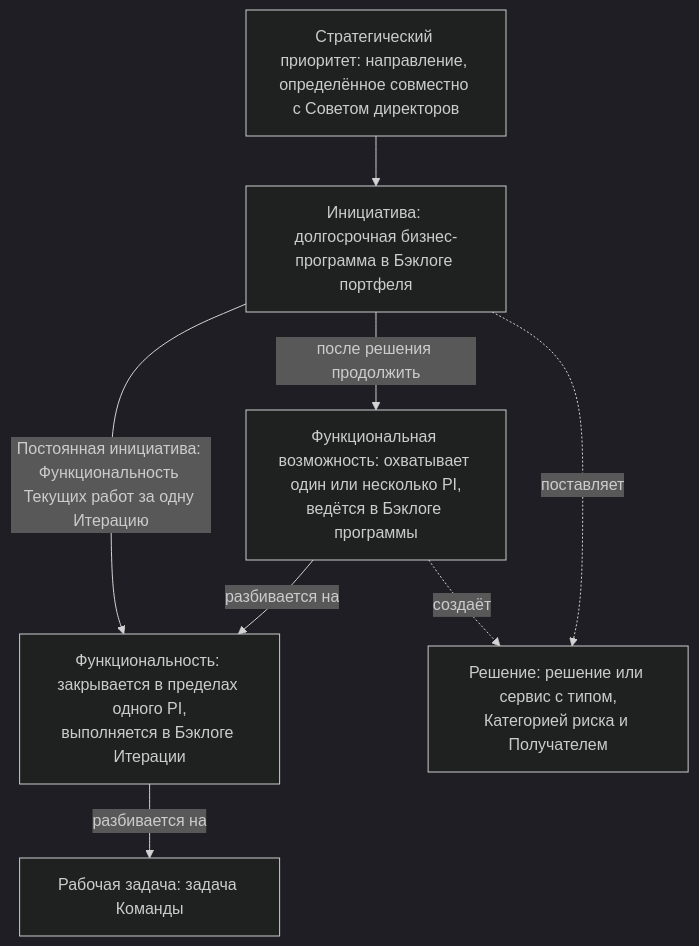
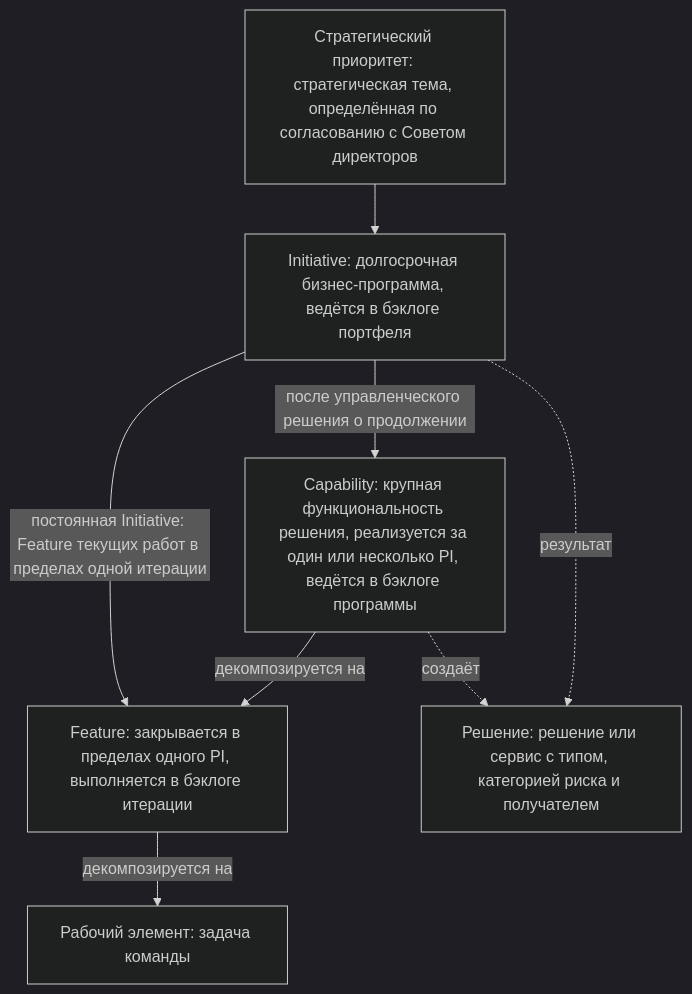
The first of 10 diagrams in charter/ru/workflows/service-delivery.md (devhogu/ob-aicc), drawn with Mermaid (dark theme) before and after one commit. The commit also changed other lines of this file and 7 other files, not shown here.

````diff
--- a/charter/ru/workflows/service-delivery.md
+++ b/charter/ru/workflows/service-delivery.md
@@ -23,10 +23,10 @@
 ```mermaid
 flowchart TB
-  T["Стратегический приоритет: направление, определённое совместно с Советом директоров"] --> I["Инициатива: долгосрочная бизнес-программа в Бэклоге портфеля"]
-  I -->|после решения продолжить| E["Функциональная возможность: охватывает один или несколько PI,<br/>ведётся в Бэклоге программы"]
-  E -->|разбивается на| F["Функциональность: закрывается в пределах одного PI,<br/>выполняется в Бэклоге Итерации"]
-  I -->|Постоянная инициатива: Функциональность Текущих работ за одну Итерацию| F
-  F -->|разбивается на| W["Рабочая задача: задача Команды"]
-  I -.->|поставляет| S["Решение: решение или сервис с типом,<br/>Категорией риска и Получателем"]
+  T["Стратегический приоритет: стратегическая тема, определённая по согласованию с Советом директоров"] --> I["Initiative: долгосрочная бизнес-программа, ведётся в бэклоге портфеля"]
+  I -->|после управленческого решения о продолжении| E["Capability: крупная функциональность решения, реализуется за один или несколько PI, ведётся в бэклоге программы"]
+  E -->|декомпозируется на| F["Feature: закрывается в пределах одного PI, выполняется в бэклоге итерации"]
+  I -->|постоянная Initiative: Feature текущих работ в пределах одной итерации| F
+  F -->|декомпозируется на| W["Рабочий элемент: задача команды"]
+  I -.->|результат| S["Решение: решение или сервис с типом, категорией риска и получателем"]
   E -.->|создаёт| S
 ```
````
